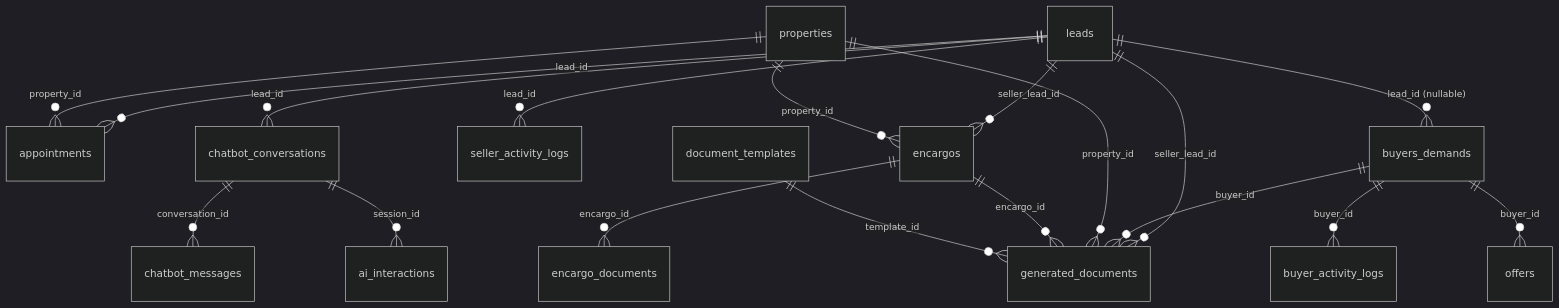
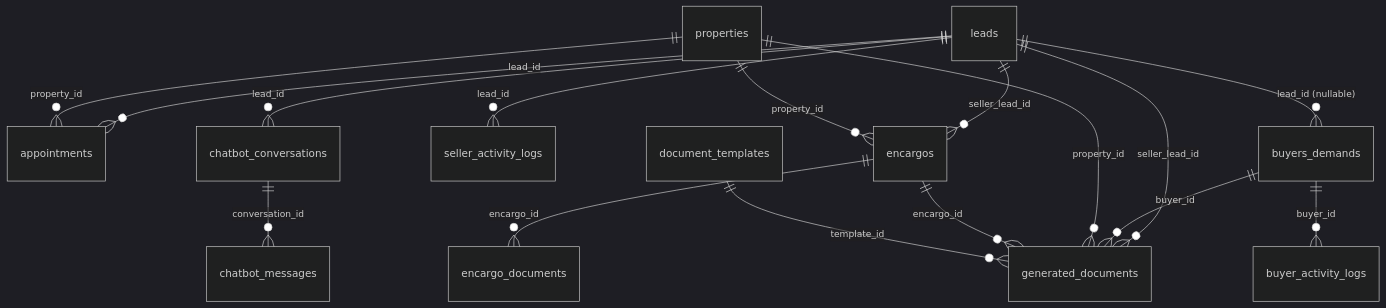
One commit to alvarolopeez/Tu_Asesor_V2 changed the second of 2 diagrams in docs/CRM-GUIDE.md. Above: the diagram before and after it, drawn with Mermaid (dark theme). The commit also changed other lines of this file and 3 other files, not shown here.

````diff
--- a/docs/CRM-GUIDE.md
+++ b/docs/CRM-GUIDE.md
@@ -55,26 +67,24 @@
 ```mermaid
 erDiagram
     leads ||--o{ appointments : "lead_id"
     leads ||--o{ encargos : "seller_lead_id"
     leads ||--o{ seller_activity_logs : "lead_id"
     leads ||--o{ chatbot_conversations : "lead_id"
     leads ||--o{ generated_documents : "seller_lead_id"
 
     leads ||--o{ buyers_demands : "lead_id (nullable)"
 
     buyers_demands ||--o{ buyer_activity_logs : "buyer_id"
     buyers_demands ||--o{ generated_documents : "buyer_id"
-    buyers_demands ||--o{ offers : "buyer_id"
 
     properties ||--o{ appointments : "property_id"
     properties ||--o{ encargos : "property_id"
     properties ||--o{ generated_documents : "property_id"
 
     encargos ||--o{ encargo_documents : "encargo_id"
     encargos ||--o{ generated_documents : "encargo_id"
 
     document_templates ||--o{ generated_documents : "template_id"
 
     chatbot_conversations ||--o{ chatbot_messages : "conversation_id"
-    chatbot_conversations ||--o{ ai_interactions : "session_id"
 ```
````
